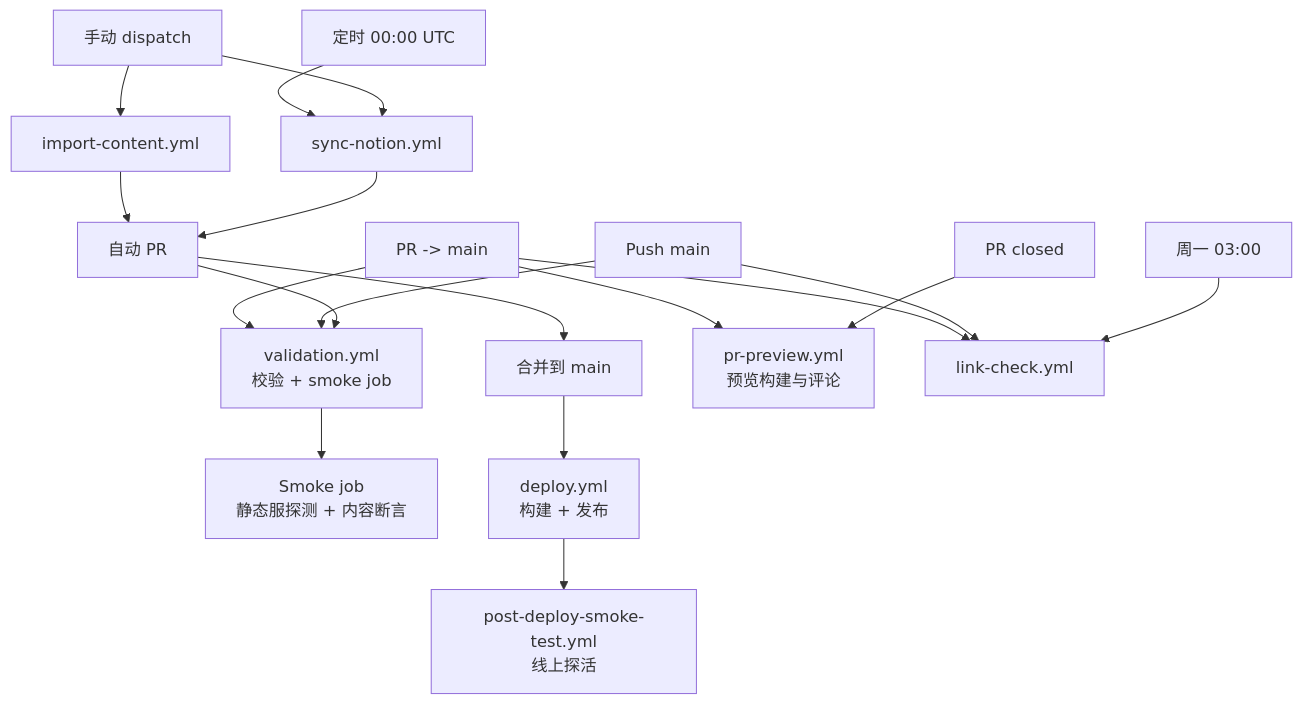
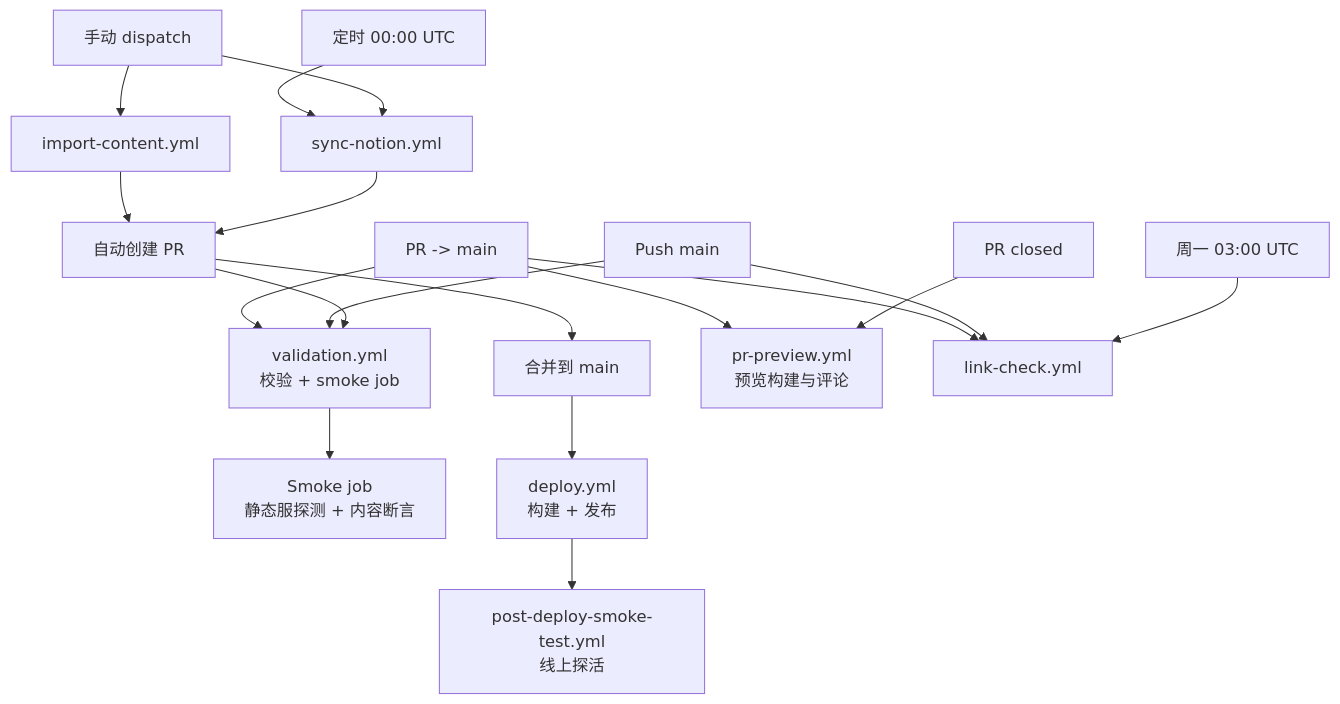
One commit to yuanlehome/blog changed the diagram in docs/ci-workflow.md. Above: the diagram before and after it, drawn with Mermaid. The commit also changed other lines of this file and 4 other files, not shown here.

````diff
--- a/docs/ci-workflow.md
+++ b/docs/ci-workflow.md
@@ -32,26 +232,26 @@
 ```mermaid
 %%{init: {'theme':'dark','themeVariables':{'background':'#0d1117','textColor':'#c9d1d9','primaryColor':'#1f6feb','primaryTextColor':'#0b1f33','lineColor':'#58a6ff','clusterBkg':'#161b22','clusterBorder':'#58a6ff','fontFamily':'Inter, "Helvetica Neue", Arial, sans-serif'}}}%%
 flowchart TD
   PR[PR -> main] --> VAL[validation.yml<br/>校验 + smoke job]
   PUSH[Push main] --> VAL
   VAL --> SMOKE[Smoke job<br/>静态服探测 + 内容断言]
 
   MANUAL[手动 dispatch] --> IMPORT[import-content.yml]
-  IMPORT --> PR_BRANCH[自动 PR]
+  IMPORT --> PR_BRANCH[自动创建 PR]
 
   SCHEDULE[定时 00:00 UTC] --> SYNC[sync-notion.yml]
   MANUAL --> SYNC
   SYNC --> PR_BRANCH
 
   PR_BRANCH --> VAL
   PR_BRANCH --> MERGE[合并到 main]
   MERGE --> DEPLOY[deploy.yml<br/>构建 + 发布]
   DEPLOY --> POST[post-deploy-smoke-test.yml<br/>线上探活]
 
   PR --> PREVIEW[pr-preview.yml<br/>预览构建与评论]
   PR_CLOSE[PR closed] --> PREVIEW
 
   PR --> LINK[link-check.yml]
   PUSH --> LINK
-  WEEKLY[周一 03:00] --> LINK
+  WEEKLY[周一 03:00 UTC] --> LINK
 ```
````
